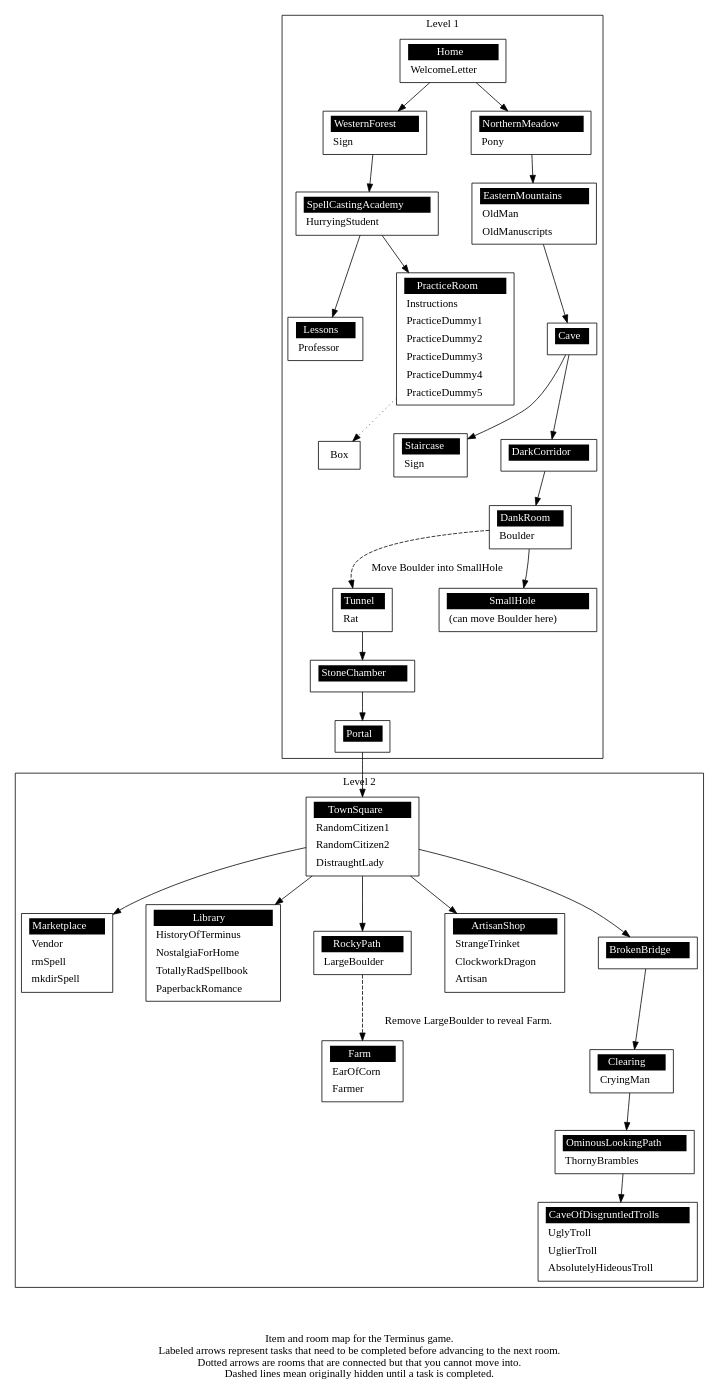
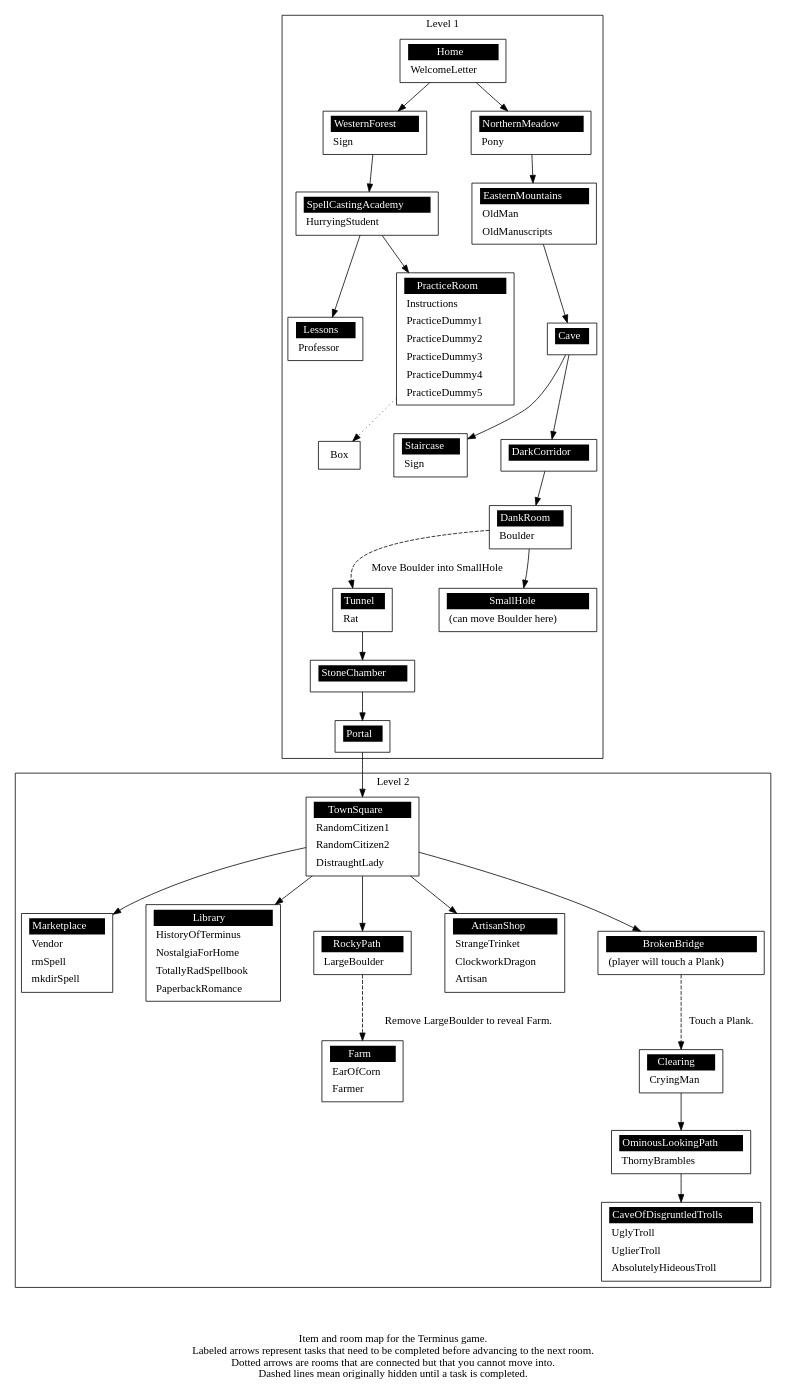
One commit to mprat/Terminus changed the diagram in docs/level_map.gv. Above: the diagram before and after it, drawn with Graphviz. The commit also changed 4 other files, not shown here.

Commit message:
touch implemented in general and for the plank on broken bridge

```diff
--- a/docs/level_map.gv
+++ b/docs/level_map.gv
@@ -146,7 +146,7 @@
 	"BrokenBridge" [label = 
 	<<table border="0" cellborder="0" cellpadding="3" bgcolor="white"><tr>
 	<td bgcolor="black" align="center" colspan="2"><font color="white">BrokenBridge</font></td></tr>
-	<tr><td align="left" port="r0"></td></tr>
+	<tr><td align="left" port="r0">(player will touch a Plank)</td></tr>
 	</table>>];
 
 	"Farm" [label = 
@@ -204,7 +204,7 @@
 		"TownSquare" -> "ArtisanShop";
 		"TownSquare" -> "BrokenBridge";
 		"RockyPath" -> "Farm" [style="dashed", label="Remove LargeBoulder to reveal Farm."];
-		"BrokenBridge" -> "Clearing";
+		"BrokenBridge" -> "Clearing" [style="dashed", label="Touch a Plank."];
 		"Clearing" -> "OminousLookingPath";
 		"OminousLookingPath" -> "CaveOfDisgruntledTrolls";
 	}
```
